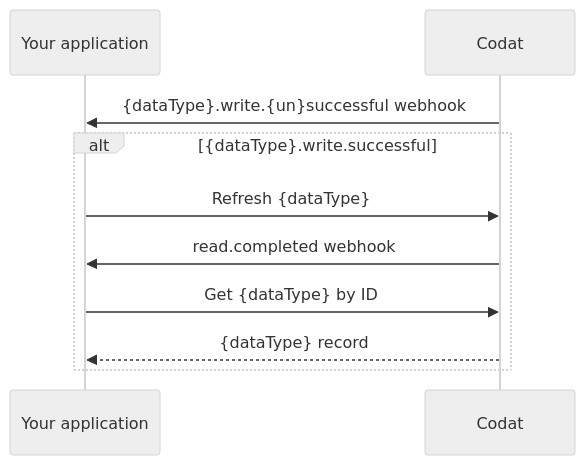
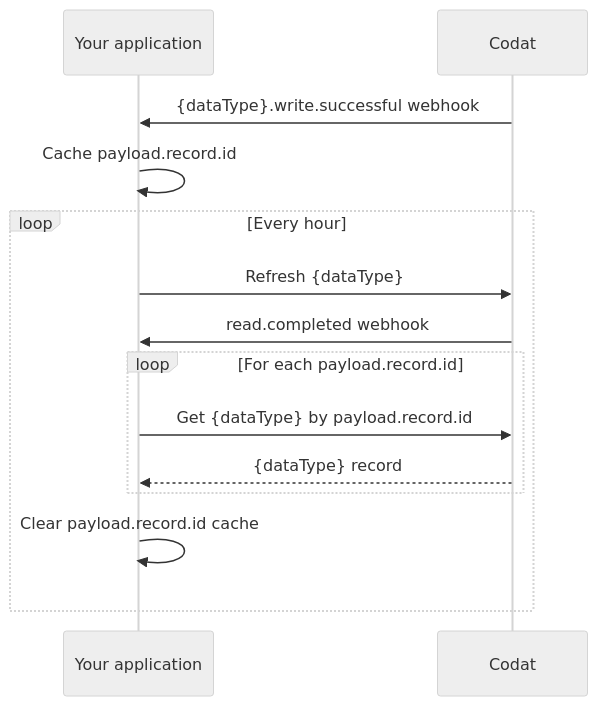
The second of 2 diagrams in docs/using-the-api/push.md (codatio/codat-docs), drawn with Mermaid (neutral theme) before and after one commit. The commit also changed other lines of this file and 1 other file, not shown here.

Commit message:
Update push data docs

````diff
--- a/docs/using-the-api/push.md
+++ b/docs/using-the-api/push.md
@@ -296,14 +453,21 @@
 ```mermaid
 sequenceDiagram
     participant app as Your application 
     participant codat as Codat
     
-    codat ->> app: {dataType}.write.{un}successful webhook
+    codat ->> app: {dataType}.write.successful webhook
 
-    alt {dataType}.write.successful
+    app ->> app: Cache payload.record.id
+
+    loop Every hour
           app ->> codat: Refresh {dataType}
           codat ->> app: read.completed webhook
-          app ->> codat: Get {dataType} by ID 
-          codat -->> app: {dataType} record
+
+          loop For each payload.record.id
+            app ->> codat: Get {dataType} by payload.record.id 
+            codat -->> app: {dataType} record
+          end
+
+          app ->> app: Clear payload.record.id cache
     end
 ```
````
